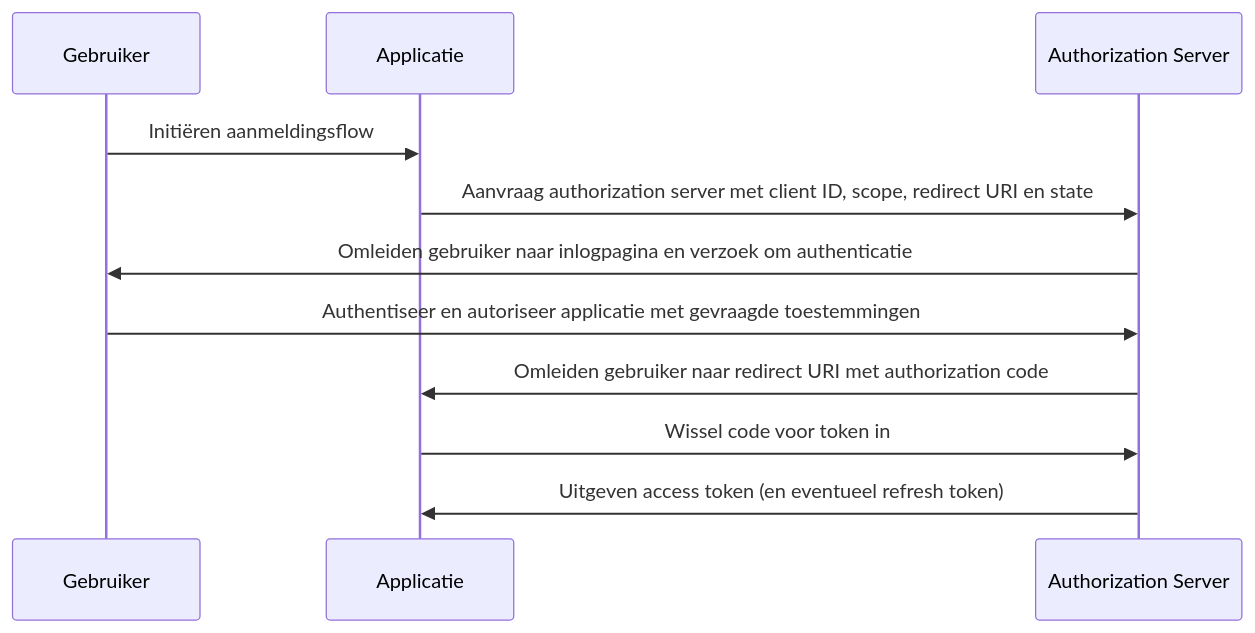
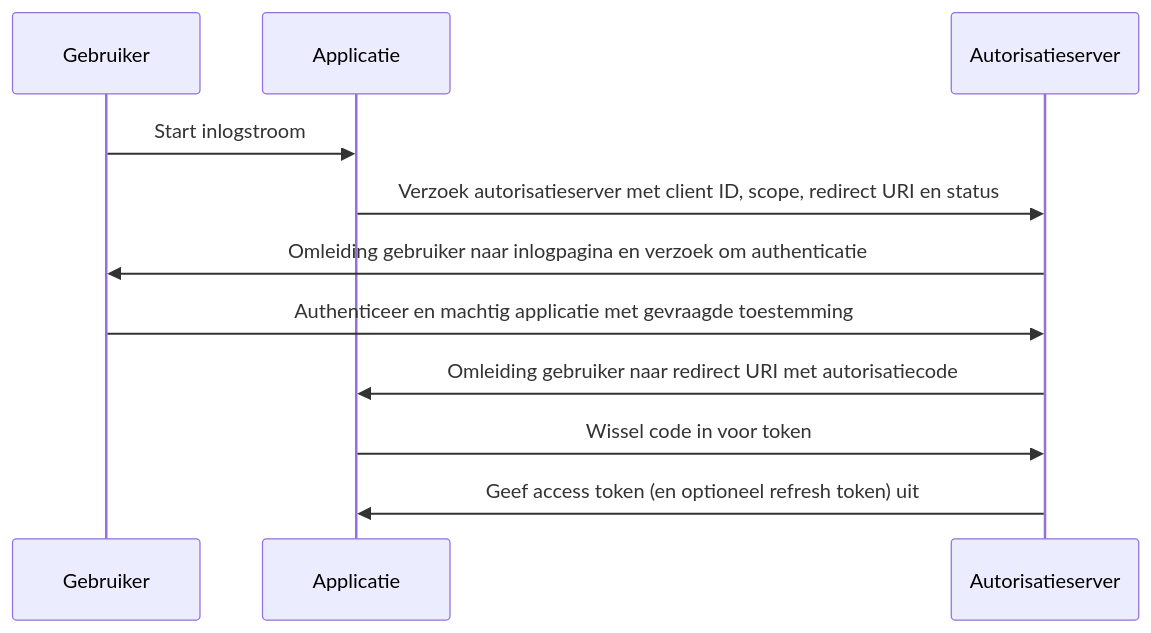
The diagram in src/content/terms/nl/authorization-code-flow.mdx (logto-io/auth-wiki), drawn with Mermaid before and after one commit. The commit also changed other lines of this file and 34 other files, not shown here.

````diff
--- a/src/content/terms/nl/authorization-code-flow.mdx
+++ b/src/content/terms/nl/authorization-code-flow.mdx
@@ -25,14 +25,14 @@
 ```mermaid
 sequenceDiagram
     participant Gebruiker
     participant Applicatie
-    participant Authorization Server
+    participant Autorisatieserver
 
-    Gebruiker->>Applicatie: Initiëren aanmeldingsflow
-    Applicatie->>Authorization Server: Aanvraag authorization server met client ID, scope, redirect URI en state
-    Authorization Server->>Gebruiker: Omleiden gebruiker naar inlogpagina en verzoek om authenticatie
-    Gebruiker->>Authorization Server: Authentiseer en autoriseer applicatie met gevraagde toestemmingen
-    Authorization Server->>Applicatie: Omleiden gebruiker naar redirect URI met authorization code
-    Applicatie->>Authorization Server: Wissel code voor token in
-    Authorization Server->>Applicatie: Uitgeven access token (en eventueel refresh token)
+    Gebruiker->>Applicatie: Start inlogstroom
+    Applicatie->>Autorisatieserver: Verzoek autorisatieserver met client ID, scope, redirect URI en status
+    Autorisatieserver->>Gebruiker: Omleiding gebruiker naar inlogpagina en verzoek om authenticatie
+    Gebruiker->>Autorisatieserver: Authenticeer en machtig applicatie met gevraagde toestemming
+    Autorisatieserver->>Applicatie: Omleiding gebruiker naar redirect URI met autorisatiecode
+    Applicatie->>Autorisatieserver: Wissel code in voor token
+    Autorisatieserver->>Applicatie: Geef access token (en optioneel refresh token) uit
 ```
````
